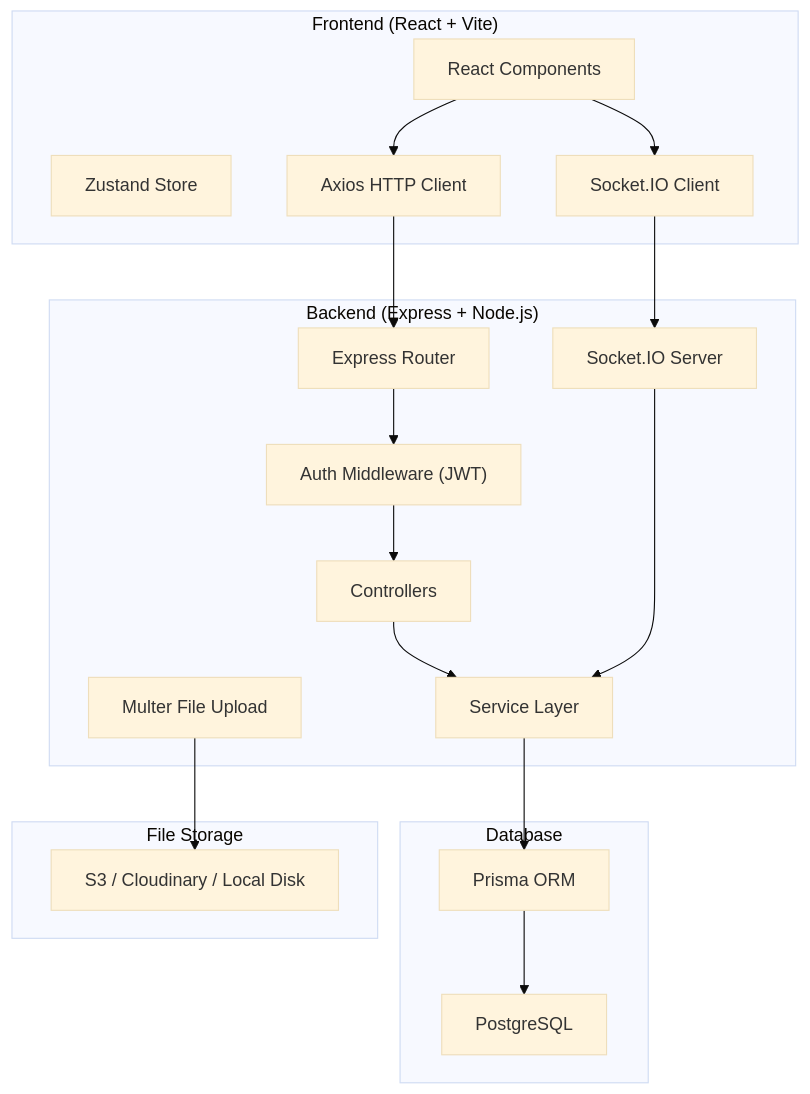
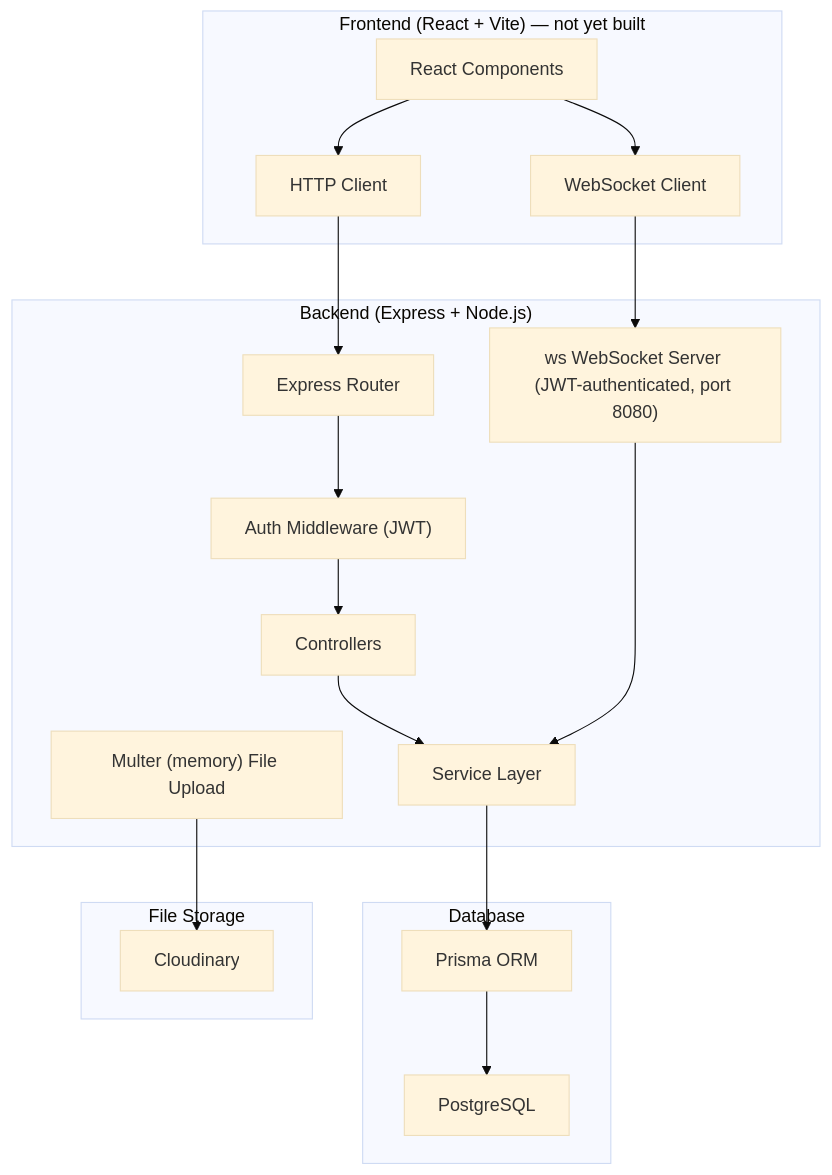
One commit to TridibeshSam31/messaging-platform changed the first of 5 diagrams in Readme.md. Above: the diagram before and after it, drawn with Mermaid (base theme). The commit also changed other lines of this file, not shown here.

First line of the commit message:
Revise README for backend updates and WebSocket layer

````diff
--- a/Readme.md
+++ b/Readme.md
@@ -83,31 +84,30 @@
 ```mermaid
 graph TB
-    subgraph Frontend ["Frontend (React + Vite)"]
+    subgraph Frontend ["Frontend (React + Vite) — not yet built"]
         UI["React Components"]
-        Store["Zustand Store"]
-        SocketClient["Socket.IO Client"]
-        API["Axios HTTP Client"]
+        API["HTTP Client"]
+        WSClient["WebSocket Client"]
     end
 
     subgraph Backend ["Backend (Express + Node.js)"]
         Router["Express Router"]
         Middleware["Auth Middleware (JWT)"]
         Controllers["Controllers"]
         Services["Service Layer"]
-        SocketServer["Socket.IO Server"]
-        Upload["Multer File Upload"]
+        WSServer["ws WebSocket Server (JWT-authenticated, port 8080)"]
+        Upload["Multer (memory) File Upload"]
     end
 
     subgraph Database ["Database"]
         PG["PostgreSQL"]
         Prisma["Prisma ORM"]
     end
 
     subgraph Storage ["File Storage"]
-        S3["S3 / Cloudinary / Local Disk"]
+        Cloudinary["Cloudinary"]
     end
 
     UI --> API --> Router --> Middleware --> Controllers --> Services --> Prisma --> PG
-    UI --> SocketClient --> SocketServer --> Services
-    Upload --> S3
+    UI --> WSClient --> WSServer --> Services
+    Upload --> Cloudinary
 ```
````
